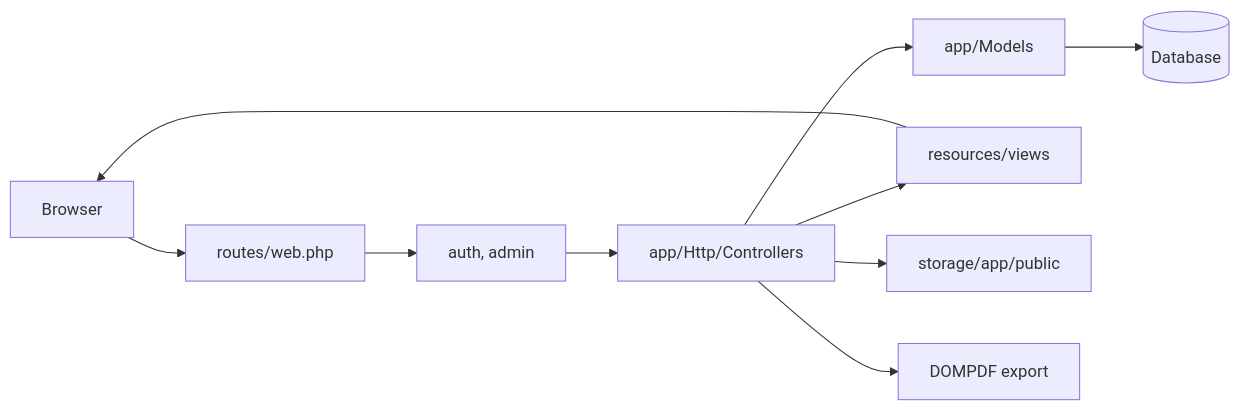
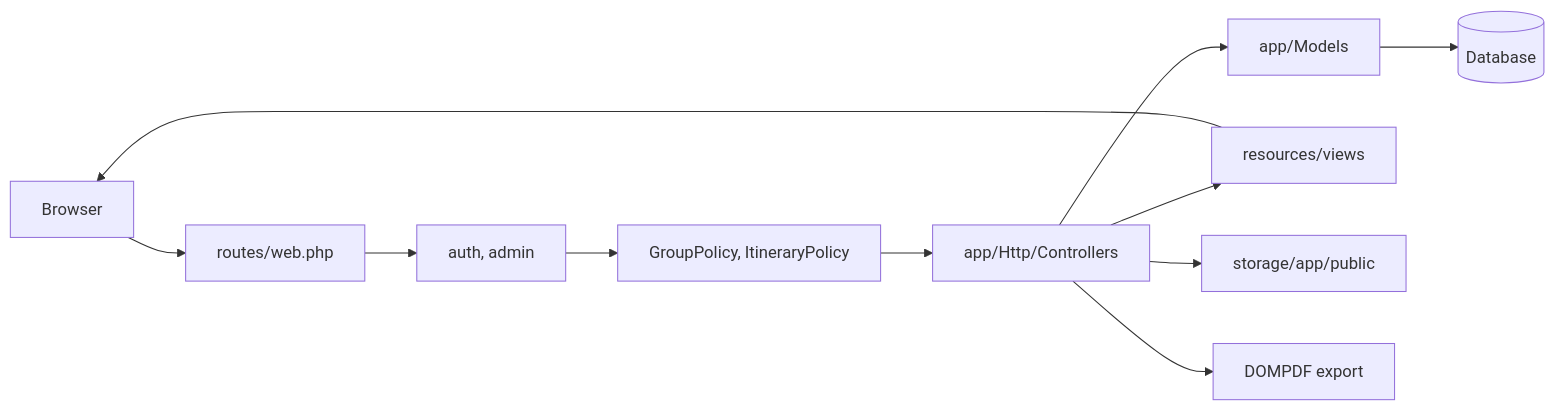
One commit to cloodei/cnweb changed the first of 2 diagrams in docs/CODEBASE_GUIDE.md. Above: the diagram before and after it, drawn with Mermaid. The commit also changed other lines of this file and 44 other files, not shown here.

````diff
--- a/docs/CODEBASE_GUIDE.md
+++ b/docs/CODEBASE_GUIDE.md
@@ -7,12 +7,13 @@
 ```mermaid
 flowchart LR
     Browser --> Routes["routes/web.php"]
     Routes --> Middleware["auth, admin"]
-    Middleware --> Controllers["app/Http/Controllers"]
+    Middleware --> Policies["GroupPolicy, ItineraryPolicy"]
+    Policies --> Controllers["app/Http/Controllers"]
     Controllers --> Models["app/Models"]
     Models --> Database[(Database)]
     Controllers --> Views["resources/views"]
     Views --> Browser
     Controllers --> Storage["storage/app/public"]
     Controllers --> PDF["DOMPDF export"]
 ```
````
